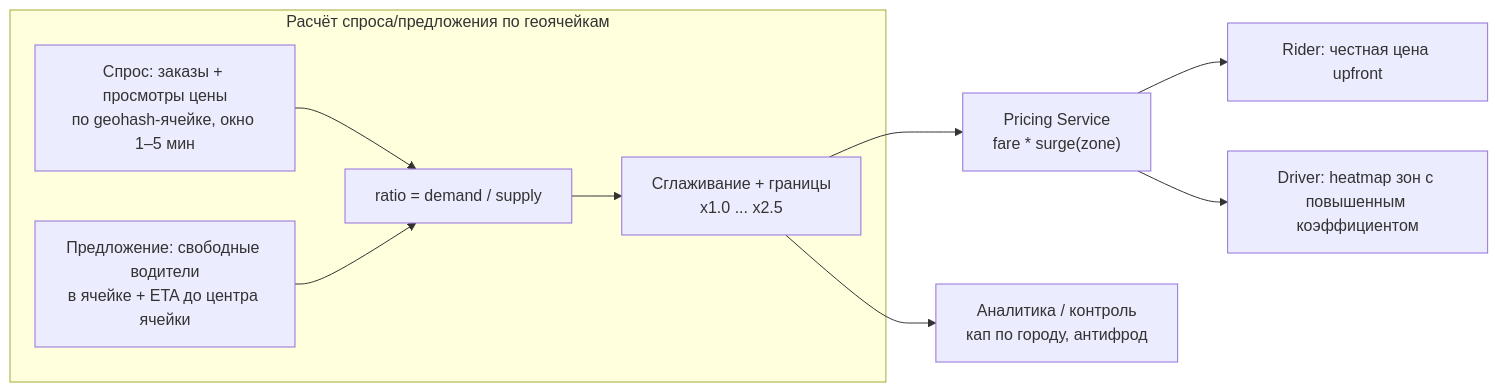
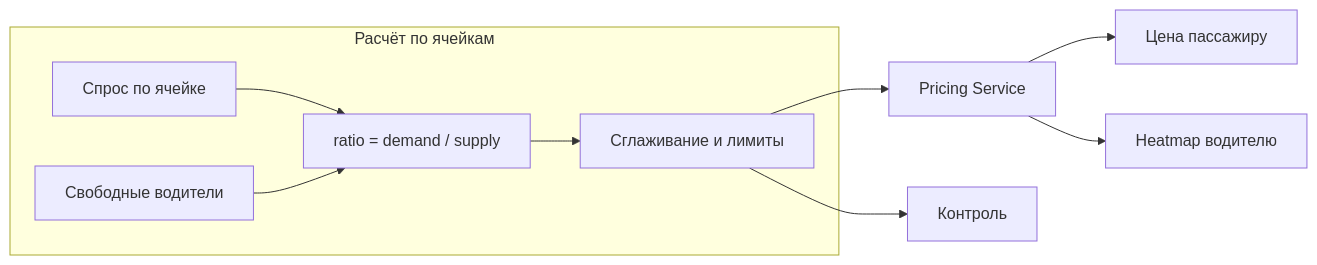
One commit to AlohaJava/system-design-interview-chamkin changed the fourth of 5 diagrams in 02-case-studies/ride-sharing.md. Above: the diagram before and after it, drawn with Mermaid. The commit also changed other lines of this file and 49 other files, not shown here.

````diff
--- a/02-case-studies/ride-sharing.md
+++ b/02-case-studies/ride-sharing.md
@@ -426,14 +430,14 @@
 ```mermaid
 flowchart LR
-    subgraph SupplyDemand["Расчёт спроса/предложения по геоячейкам"]
-        D["Спрос: заказы + просмотры цены<br/>по geohash-ячейке, окно 1–5 мин"]
-        S["Предложение: свободные водители<br/>в ячейке + ETA до центра ячейки"]
+    subgraph SupplyDemand["Расчёт по ячейкам"]
+        D["Спрос по ячейке"]
+        S["Свободные водители"]
         D --> R["ratio = demand / supply"]
         S --> R
-        R --> SM["Сглаживание + границы<br/>x1.0 ... x2.5"]
+        R --> SM["Сглаживание и лимиты"]
     end
-    SM --> PS["Pricing Service<br/>fare * surge(zone)"]
-    PS --> RC["Rider: честная цена upfront"]
-    PS --> DC["Driver: heatmap зон с повышенным коэффициентом"]
-    SM --> AN["Аналитика / контроль<br/>кап по городу, антифрод"]
+    SM --> PS["Pricing Service"]
+    PS --> RC["Цена пассажиру"]
+    PS --> DC["Heatmap водителю"]
+    SM --> AN["Контроль"]
 ```
````
